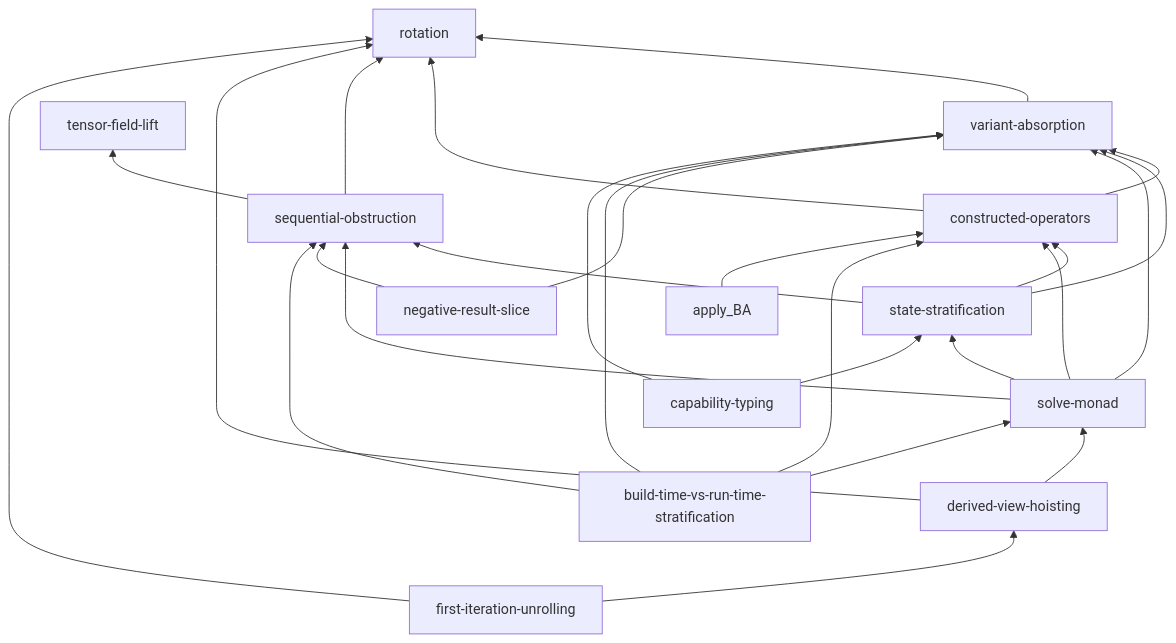
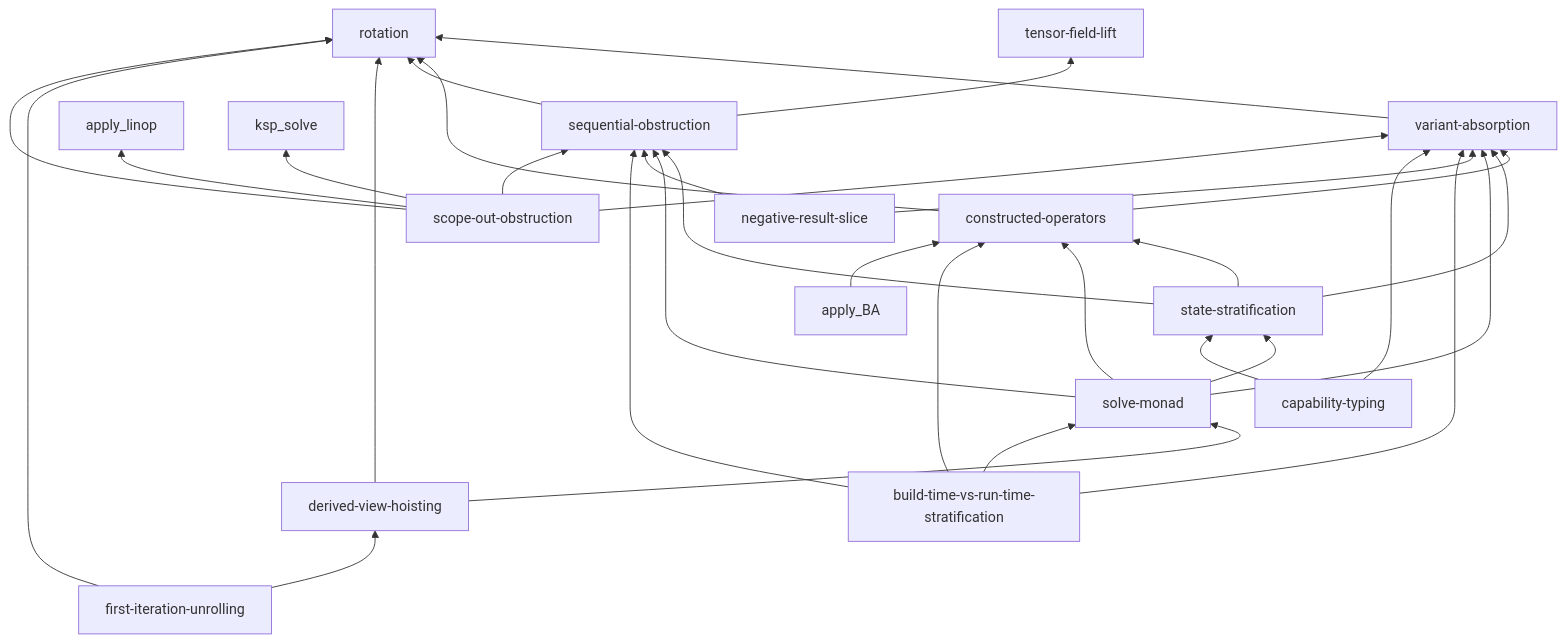
One commit to crutcher/palace_whiteroom changed the first of 6 diagrams in book/src/concepts/dependency-map.md. Above: the diagram before and after it, drawn with Mermaid. The commit also changed 8 other files, not shown here.

````diff
--- a/book/src/concepts/dependency-map.md
+++ b/book/src/concepts/dependency-map.md
@@ -24,28 +24,33 @@
 ```mermaid
 graph BT
   variant-absorption --> rotation
   constructed-operators --> rotation
   constructed-operators --> variant-absorption
   sequential-obstruction --> rotation
   sequential-obstruction --> tensor-field-lift
   state-stratification --> variant-absorption
   state-stratification --> constructed-operators
   state-stratification --> sequential-obstruction
   solve-monad --> state-stratification
   solve-monad --> sequential-obstruction
   solve-monad --> constructed-operators
   solve-monad --> variant-absorption
   derived-view-hoisting --> rotation
   derived-view-hoisting --> solve-monad
   negative-result-slice --> sequential-obstruction
   negative-result-slice --> variant-absorption
   build-time-vs-run-time-stratification --> constructed-operators
   build-time-vs-run-time-stratification --> variant-absorption
   build-time-vs-run-time-stratification --> solve-monad
   build-time-vs-run-time-stratification --> sequential-obstruction
   first-iteration-unrolling --> rotation
   first-iteration-unrolling --> derived-view-hoisting
   apply_BA --> constructed-operators
   capability-typing --> state-stratification
   capability-typing --> variant-absorption
+  scope-out-obstruction --> variant-absorption
+  scope-out-obstruction --> sequential-obstruction
+  scope-out-obstruction --> rotation
+  scope-out-obstruction --> apply_linop
+  scope-out-obstruction --> ksp_solve
 ```
````
